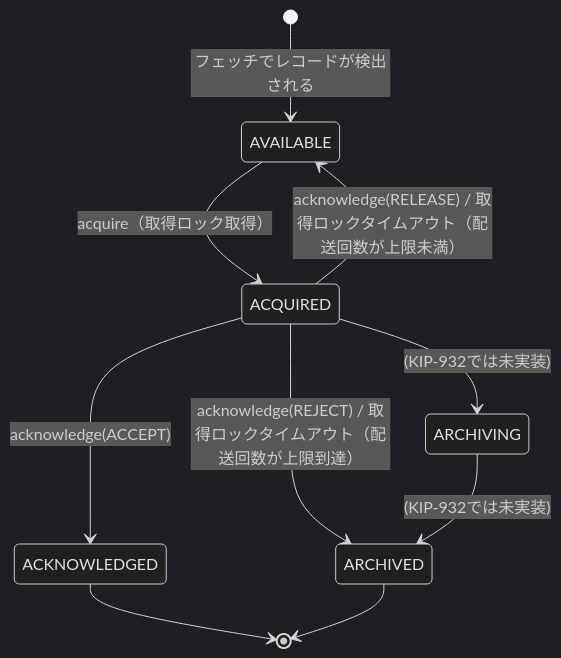
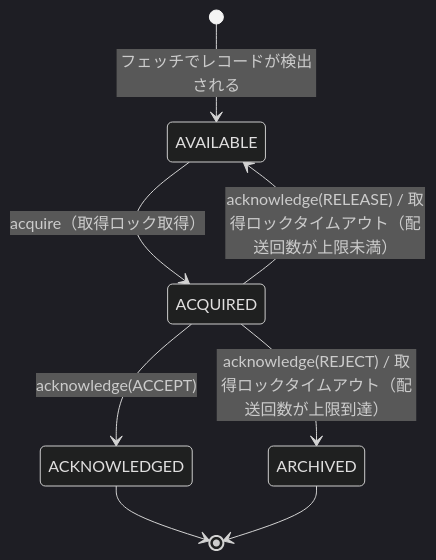
The diagram in kafka/part07-txn-share/24-share-coordinator.md (miyamadoKL/source-code-reading), drawn with Mermaid (dark theme) before and after one commit. The commit also changed other lines of this file and 3 other files, not shown here.

````diff
--- a/kafka/part07-txn-share/24-share-coordinator.md
+++ b/kafka/part07-txn-share/24-share-coordinator.md
@@ -503,12 +524,10 @@
 ```mermaid
 stateDiagram-v2
     [*] --> AVAILABLE: フェッチでレコードが検出される
     AVAILABLE --> ACQUIRED: acquire（取得ロック取得）
     ACQUIRED --> AVAILABLE: acknowledge(RELEASE) / 取得ロックタイムアウト（配送回数が上限未満）
     ACQUIRED --> ACKNOWLEDGED: acknowledge(ACCEPT)
     ACQUIRED --> ARCHIVED: acknowledge(REJECT) / 取得ロックタイムアウト（配送回数が上限到達）
-    ACQUIRED --> ARCHIVING: (KIP-932では未実装)
-    ARCHIVING --> ARCHIVED: (KIP-932では未実装)
     ACKNOWLEDGED --> [*]
     ARCHIVED --> [*]
 ```
````
